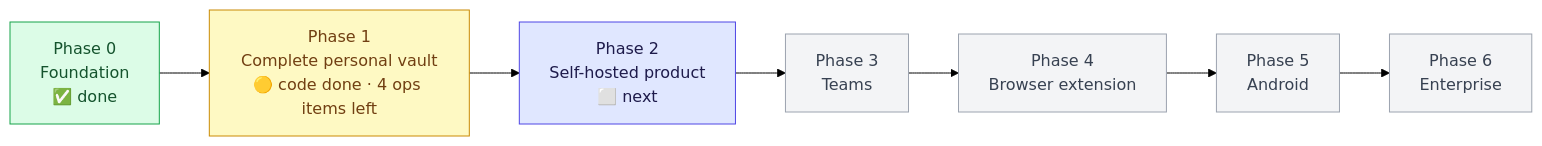
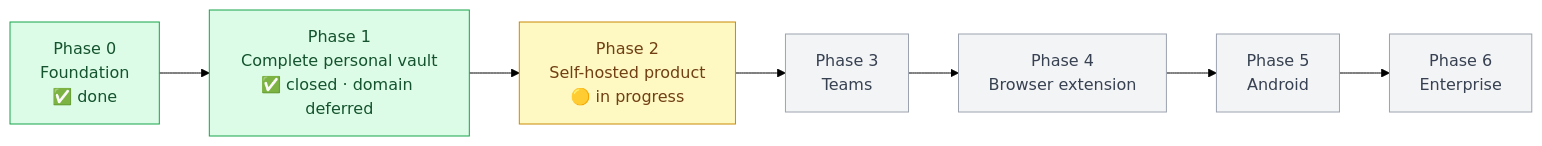
One commit to SHIVAM-SHARMA-766/vault changed the diagram in docs/ROADMAP.md. Above: the diagram before and after it, drawn with Mermaid (forest theme). The commit also changed other lines of this file and 5 other files, not shown here.

Commit message:
Close phase 1 with the domain deferred; record decision 0012 and the phase 2 plan

````diff
--- a/docs/ROADMAP.md
+++ b/docs/ROADMAP.md
@@ -18,13 +18,13 @@
 ```mermaid
 flowchart LR
-  p0["Phase 0<br/>Foundation<br/>✅ done"]:::done --> p1["Phase 1<br/>Complete personal vault<br/>🟡 code done · 4 ops items left"]:::now
-  p1 --> p2["Phase 2<br/>Self-hosted product<br/>⬜ next"]:::next
+  p0["Phase 0<br/>Foundation<br/>✅ done"]:::done --> p1["Phase 1<br/>Complete personal vault<br/>✅ closed · domain deferred"]:::done
+  p1 --> p2["Phase 2<br/>Self-hosted product<br/>🟡 in progress"]:::now
   p2 --> p3["Phase 3<br/>Teams"]:::later
   p3 --> p4["Phase 4<br/>Browser extension"]:::later
   p4 --> p5["Phase 5<br/>Android"]:::later
   p5 --> p6["Phase 6<br/>Enterprise"]:::later
   classDef done fill:#dcfce7,stroke:#16a34a,color:#14532d
   classDef now fill:#fef9c3,stroke:#ca8a04,color:#713f12
   classDef next fill:#e0e7ff,stroke:#4f46e5,color:#1e1b4b
   classDef later fill:#f3f4f6,stroke:#9ca3af,color:#374151
 ```
````
